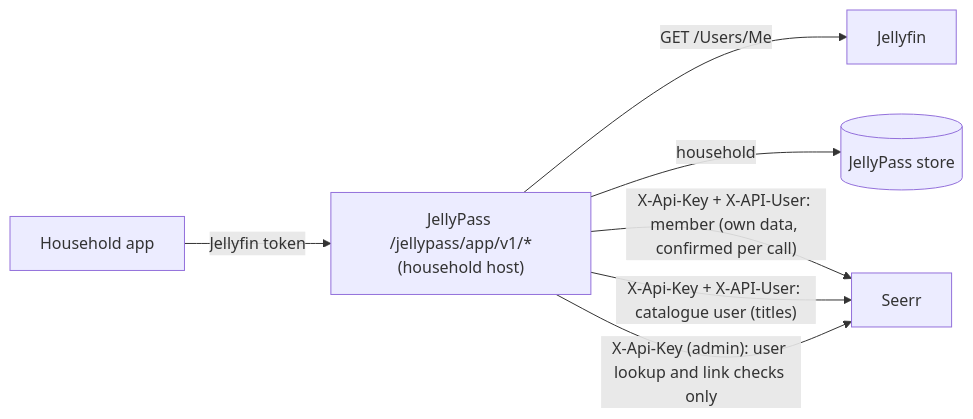
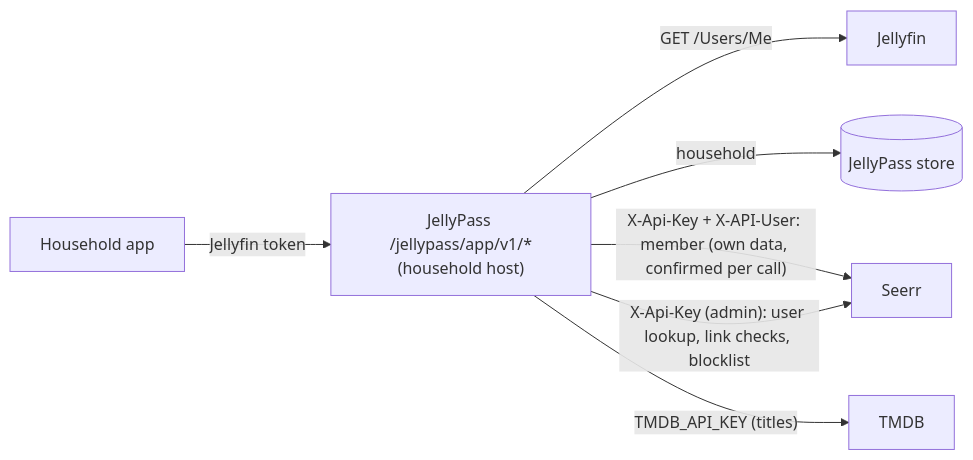
Before and after one commit to nicklongmore86/jellypass: the diagram in docs/app-design.md, drawn with Mermaid. The commit also changed other lines of this file and 27 other files, not shown here.

First line of the commit message:
fix: titles from TMDB, household-exclusive requests, in_library first

````diff
--- a/docs/app-design.md
+++ b/docs/app-design.md
@@ -24,9 +25,9 @@
 ```mermaid
 flowchart LR
   A[Household app] -->|Jellyfin token| G["JellyPass /jellypass/app/v1/*<br/>(household host)"]
   G -->|GET /Users/Me| J[Jellyfin]
   G -->|household| S[(JellyPass store)]
   G -->|"X-Api-Key + X-API-User: member (own data, confirmed per call)"| Seerr
-  G -->|"X-Api-Key + X-API-User: catalogue user (titles)"| Seerr
-  G -->|"X-Api-Key (admin): user lookup and link checks only"| Seerr
+  G -->|"X-Api-Key (admin): user lookup, link checks, blocklist"| Seerr
+  G -->|"TMDB_API_KEY (titles)"| T[TMDB]
 ```
````
